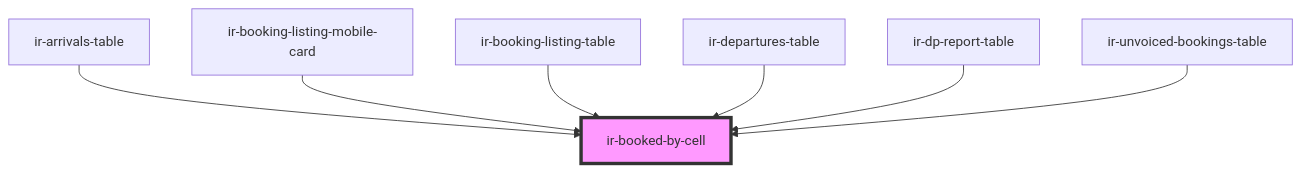
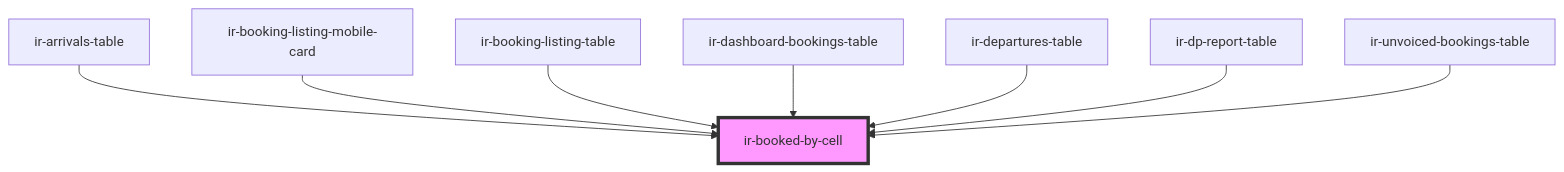
The diagram in src/components/table-cells/booking/ir-booked-by-cell/readme.md (RonyRizk/ir-webcmp), drawn with Mermaid before and after one commit. The commit also changed other lines of this file and 76 other files, not shown here.

````diff
--- a/src/components/table-cells/booking/ir-booked-by-cell/readme.md
+++ b/src/components/table-cells/booking/ir-booked-by-cell/readme.md
@@ -55,10 +56,11 @@
 ```mermaid
 graph TD;
   ir-arrivals-table --> ir-booked-by-cell
   ir-booking-listing-mobile-card --> ir-booked-by-cell
   ir-booking-listing-table --> ir-booked-by-cell
+  ir-dashboard-bookings-table --> ir-booked-by-cell
   ir-departures-table --> ir-booked-by-cell
   ir-dp-report-table --> ir-booked-by-cell
   ir-unvoiced-bookings-table --> ir-booked-by-cell
   style ir-booked-by-cell fill:#f9f,stroke:#333,stroke-width:4px
 ```
````
